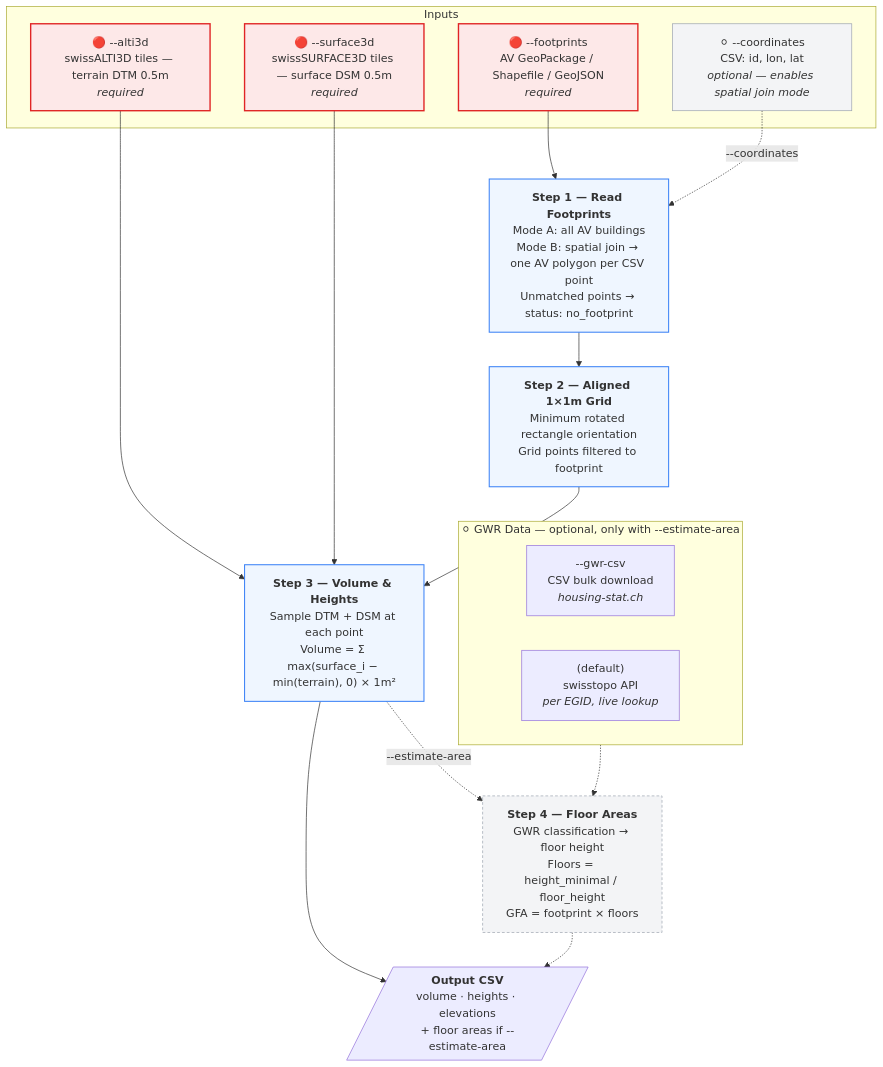
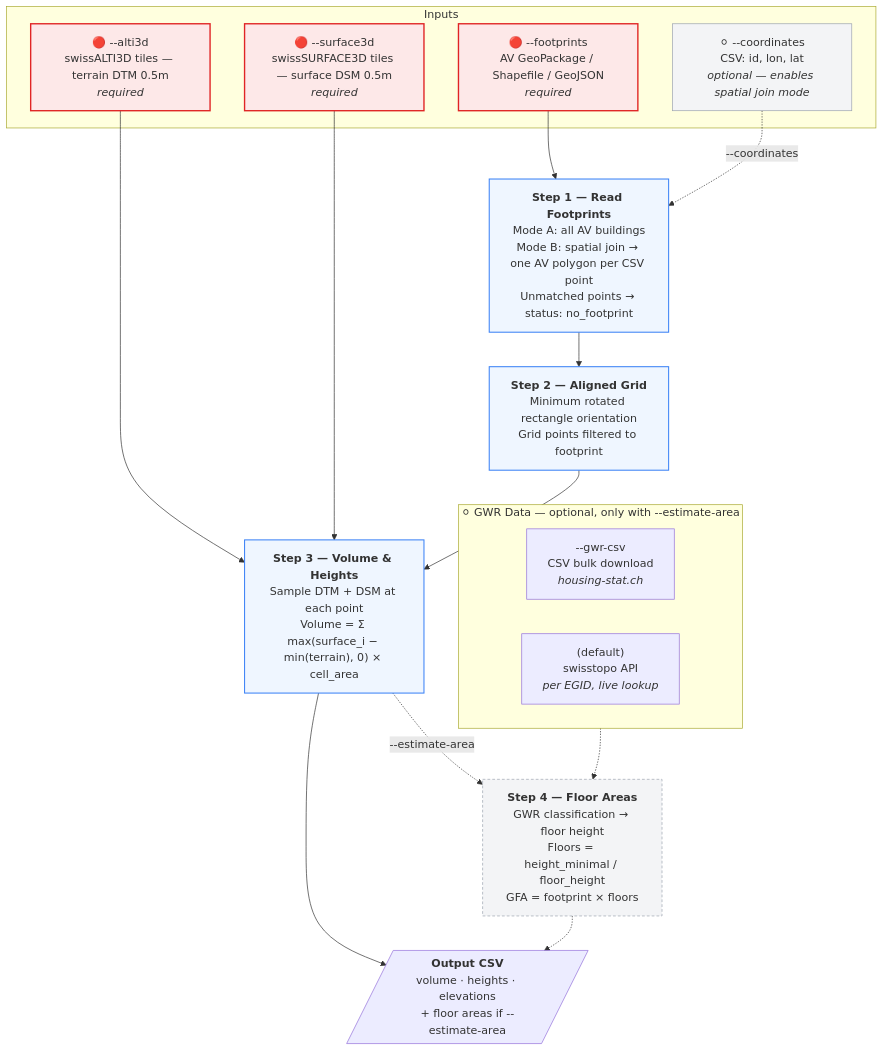
One commit to bbl-dres/area-estimator changed the diagram in README.md. Above: the diagram before and after it, drawn with Mermaid. The commit also changed other lines of this file, not shown here.

````diff
--- a/README.md
+++ b/README.md
@@ -26,43 +108,43 @@
 ```mermaid
 flowchart TD
     subgraph INPUT["Inputs"]
         A1A["🔴 --footprints<br>AV GeoPackage / Shapefile / GeoJSON<br><i>required</i>"]
         A1B["⚪ --coordinates<br>CSV: id, lon, lat<br><i>optional — enables spatial join mode</i>"]
         A2["🔴 --alti3d<br>swissALTI3D tiles — terrain DTM 0.5m<br><i>required</i>"]
         A3["🔴 --surface3d<br>swissSURFACE3D tiles — surface DSM 0.5m<br><i>required</i>"]
     end
 
     A1A --> S1
     A1B -.->|"--coordinates"| S1
     A2 --> S3
     A3 --> S3
 
     S1["<b>Step 1 — Read Footprints</b><br>Mode A: all AV buildings<br>Mode B: spatial join → one AV polygon per CSV point<br>Unmatched points → status: no_footprint"]
-    S2["<b>Step 2 — Aligned 1×1m Grid</b><br>Minimum rotated rectangle orientation<br>Grid points filtered to footprint"]
-    S3["<b>Step 3 — Volume & Heights</b><br>Sample DTM + DSM at each point<br>Volume = Σ max(surface_i − min(terrain), 0) × 1m²"]
+    S2["<b>Step 2 — Aligned Grid</b><br>Minimum rotated rectangle orientation<br>Grid points filtered to footprint"]
+    S3["<b>Step 3 — Volume & Heights</b><br>Sample DTM + DSM at each point<br>Volume = Σ max(surface_i − min(terrain), 0) × cell_area"]
     S4["<b>Step 4 — Floor Areas</b><br>GWR classification → floor height<br>Floors = height_minimal / floor_height<br>GFA = footprint × floors"]
 
     S1 --> S2 --> S3
     S3 --> OUT
     S3 -.->|"--estimate-area"| S4
     S4 -.-> OUT
 
     OUT[/"<b>Output CSV</b><br>volume · heights · elevations<br>+ floor areas if --estimate-area"/]
 
     subgraph GWR["⚪ GWR Data — optional, only with --estimate-area"]
         G1["--gwr-csv<br>CSV bulk download<br><i>housing-stat.ch</i>"]
         G2["(default)<br>swisstopo API<br><i>per EGID, live lookup</i>"]
     end
 
     GWR -.-> S4
 
     classDef required fill:#fde8e8,stroke:#e02424,stroke-width:2px
     classDef optional fill:#f3f4f6,stroke:#9ca3af,stroke-width:1px
     classDef step fill:#eff6ff,stroke:#3b82f6,stroke-width:1.5px
     classDef optionalStep fill:#f3f4f6,stroke:#9ca3af,stroke-width:1px,stroke-dasharray:4 3
 
     class A1A,A2,A3 required
     class A1B optional
     class S1,S2,S3 step
     class S4 optionalStep
 ```
````
